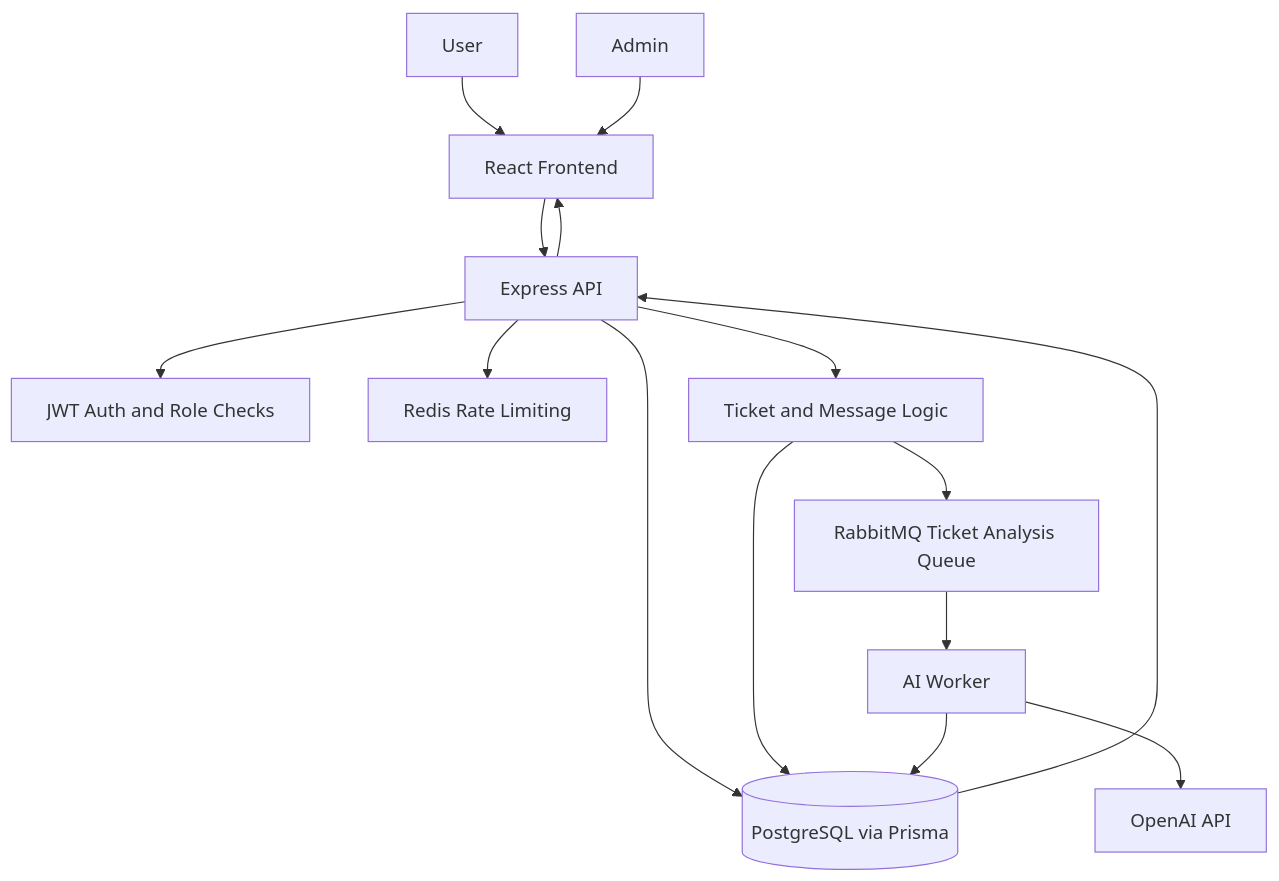
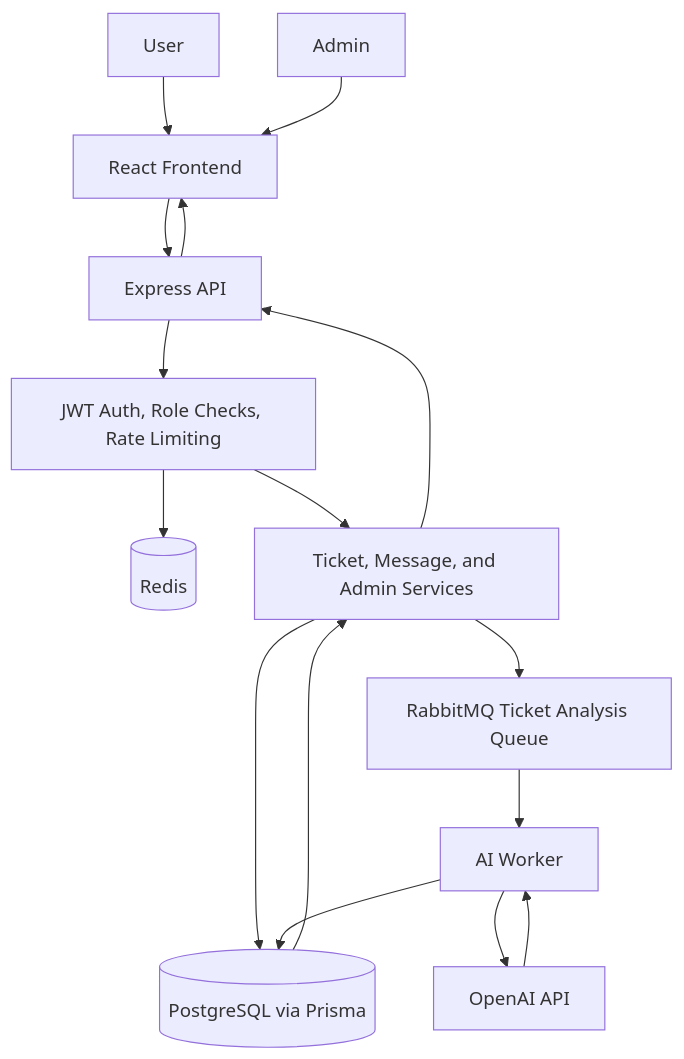
The diagram in README.md (ErenKarakus1/AI-Powered-Ticket-Management-System), drawn with Mermaid before and after one commit.

Commit message:
docs: refine workflow diagram

````diff
--- a/README.md
+++ b/README.md
@@ -50,22 +50,23 @@
 ```mermaid
 flowchart TD
     User[User] --> Frontend[React Frontend]
     Admin[Admin] --> Frontend
 
     Frontend --> API[Express API]
 
-    API --> Auth[JWT Auth and Role Checks]
-    API --> RateLimit[Redis Rate Limiting]
-    API --> DB[(PostgreSQL via Prisma)]
+    API --> Middleware[JWT Auth, Role Checks, Rate Limiting]
+    Middleware --> Redis[(Redis)]
+    Middleware --> Services[Ticket, Message, and Admin Services]
 
-    API --> Tickets[Ticket and Message Logic]
-    Tickets --> DB
-    Tickets --> Queue[RabbitMQ Ticket Analysis Queue]
+    Services --> DB[(PostgreSQL via Prisma)]
+    Services --> Queue[RabbitMQ Ticket Analysis Queue]
 
     Queue --> Worker[AI Worker]
     Worker --> OpenAI[OpenAI API]
+    OpenAI --> Worker
     Worker --> DB
 
-    DB --> API
+    DB --> Services
+    Services --> API
     API --> Frontend
 ```
````
